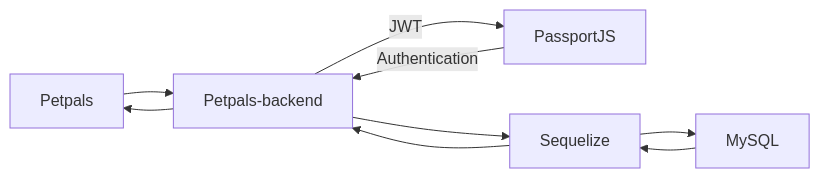
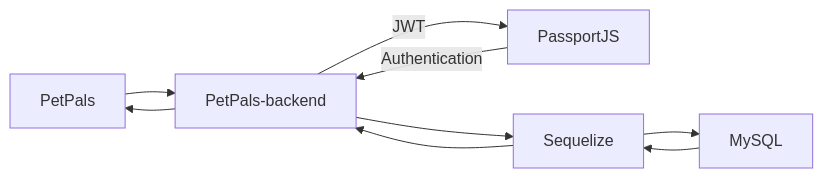
One commit to Petpals-CC4/petpals-frontend changed the diagram in README.md. Above: the diagram before and after it, drawn with Mermaid. The commit also changed other lines of this file and 15 other files, not shown here.

````diff
--- a/README.md
+++ b/README.md
@@ -16,11 +16,11 @@
 ```mermaid
 graph LR;
-  Petpals --> Petpals-backend;
-  Petpals-backend --> Petpals;
-  Petpals-backend -->|JWT| PassportJS;
-  PassportJS -->|Authentication| Petpals-backend;
-  Petpals-backend --> Sequelize;
-  Sequelize --> Petpals-backend;
+  PetPals --> PetPals-backend;
+  PetPals-backend --> PetPals;
+  PetPals-backend -->|JWT| PassportJS;
+  PassportJS -->|Authentication| PetPals-backend;
+  PetPals-backend --> Sequelize;
+  Sequelize --> PetPals-backend;
   Sequelize --> MySQL;
   MySQL --> Sequelize;
 ```
````
